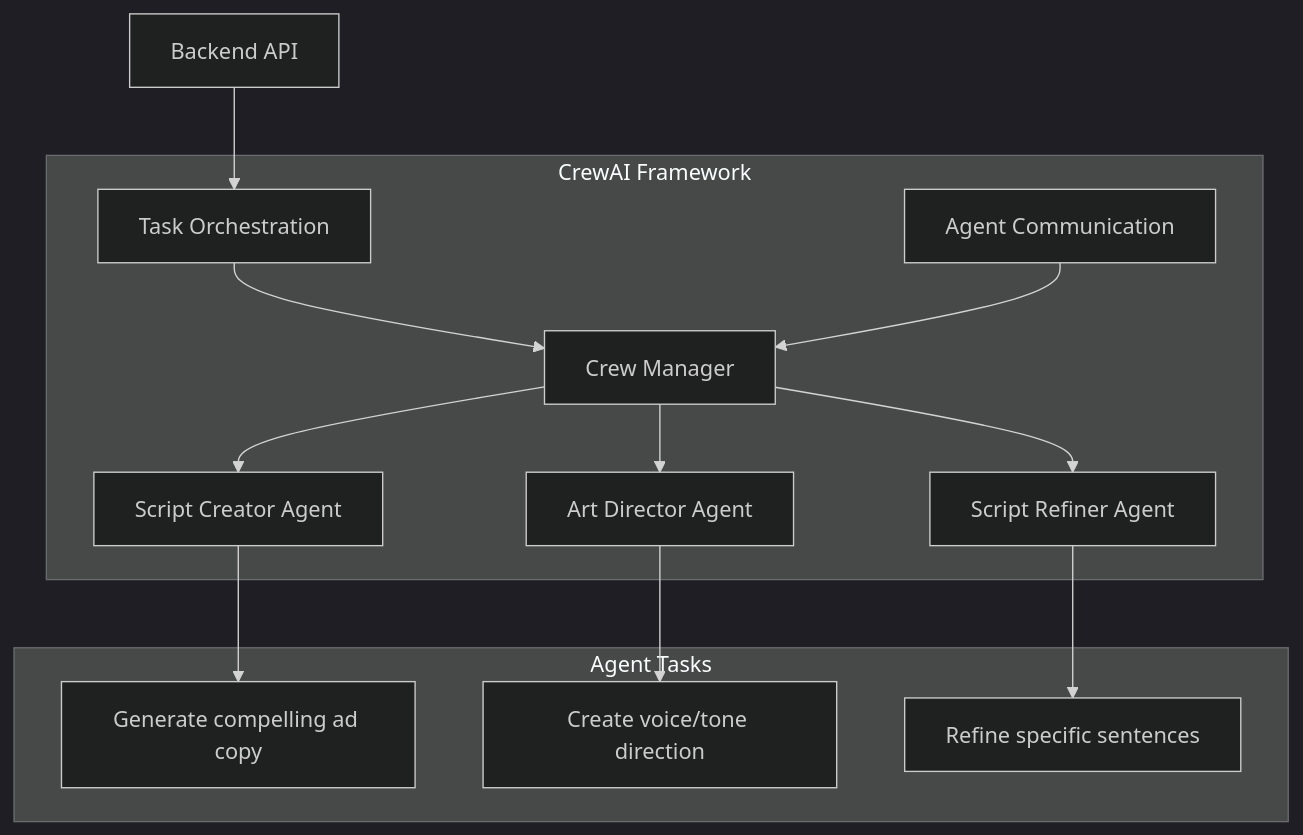
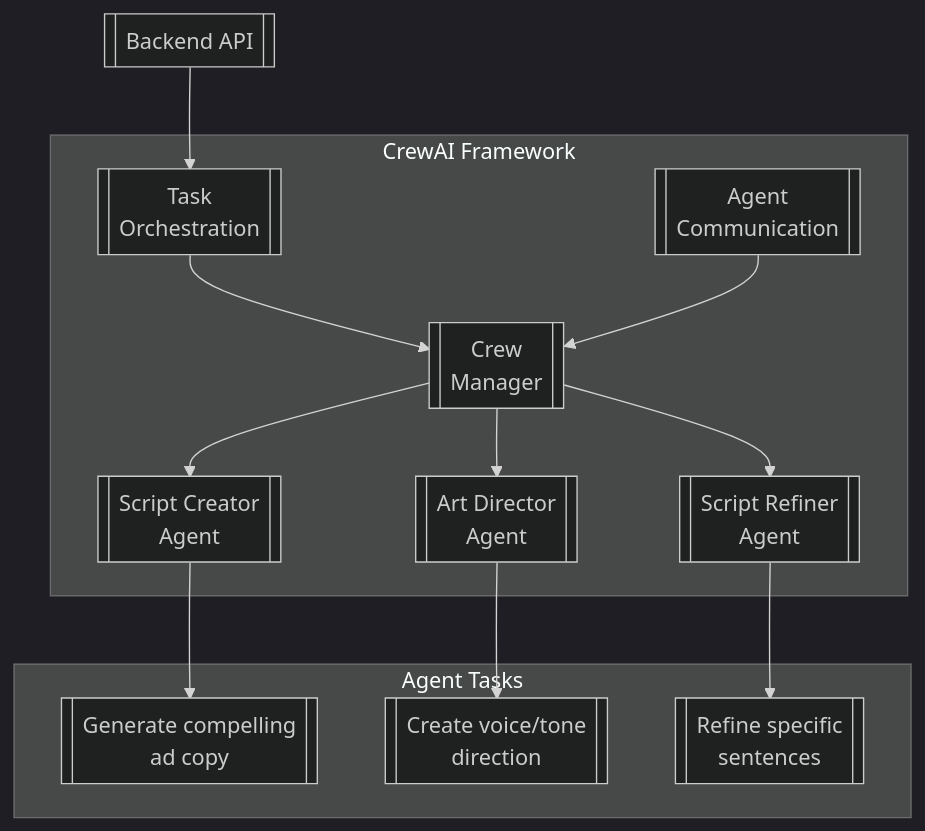
The sixth of 7 diagrams in project-presentation.md (abhivir-42/marketing-app-ad-gen), drawn with Mermaid (dark theme) before and after one commit. The commit also changed other lines of this file, not shown here.

Commit message:
Fix: Text truncation in diagrams

````diff
--- a/project-presentation.md
+++ b/project-presentation.md
@@ -529,18 +529,18 @@
 ```mermaid
 graph TD
     subgraph "CrewAI Framework"
-        A["Crew Manager"] --> B["Script Creator Agent"]
-        A --> C["Art Director Agent"]
-        A --> D["Script Refiner Agent"]
-        E["Task Orchestration"] --> A
-        F["Agent Communication"] --> A
+        A[["Crew<br>Manager"]] --> B[["Script Creator<br>Agent"]]
+        A --> C[["Art Director<br>Agent"]]
+        A --> D[["Script Refiner<br>Agent"]]
+        E[["Task<br>Orchestration"]] --> A
+        F[["Agent<br>Communication"]] --> A
     end
     
     subgraph "Agent Tasks"
-        B --> G["Generate compelling ad copy"]
-        C --> H["Create voice/tone direction"]
-        D --> I["Refine specific sentences"]
+        B --> G[["Generate compelling<br>ad copy"]]
+        C --> H[["Create voice/tone<br>direction"]]
+        D --> I[["Refine specific<br>sentences"]]
     end
     
-    J["Backend API"] --> E
+    J[["Backend API"]] --> E
 ```
````
